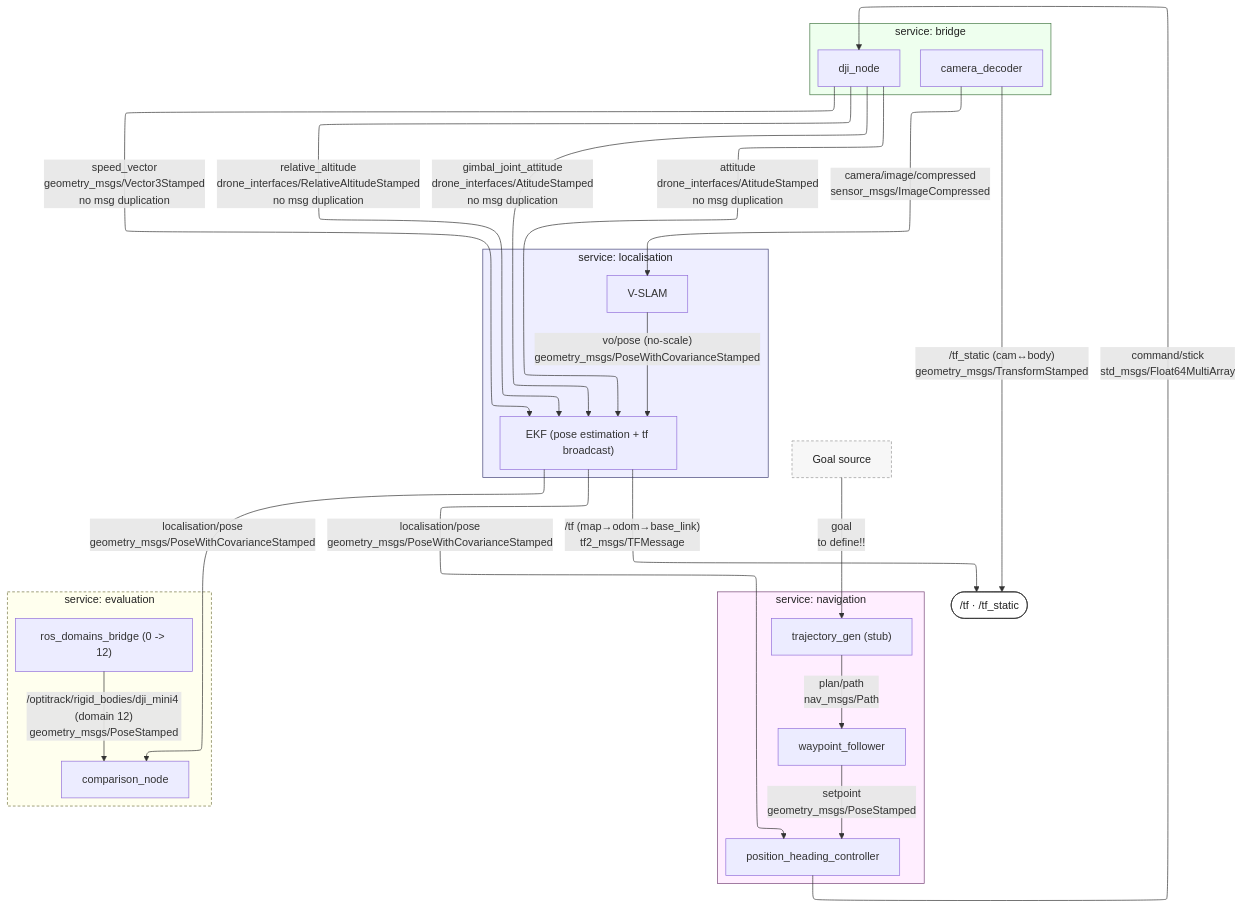
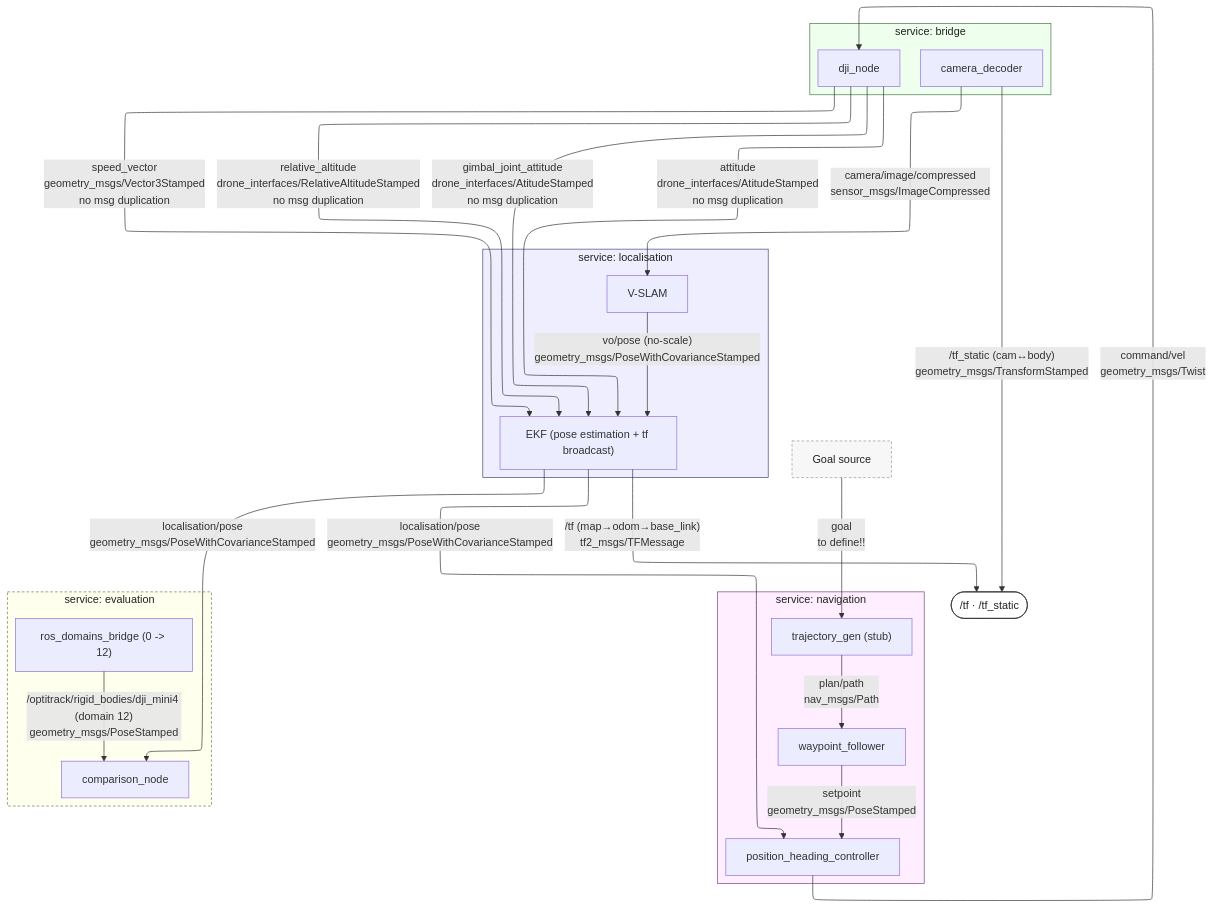
One commit to cristhianpoveda/path_planning_aerial_inspection changed the diagram in docs/node_graph.mmd. Above: the diagram before and after it, drawn with Mermaid. The commit also changed 3 other files, not shown here.

Commit message:
docs: additions of new commands/vel to the ros architecture

```diff
--- a/docs/node_graph.mmd
+++ b/docs/node_graph.mmd
@@ -1,73 +1,73 @@
 ---
 config:
   layout: elk
 ---
 
 flowchart TB
 
     %% DEFINE GOAL SOURCE
     GOALSRC["Goal source"]
 
     %% BRIDGE service
     subgraph BRIDGE["service: bridge"]
         DJI["dji_node"]
         DEC["camera_decoder"]
     end
 
     %% LOCALISATION service
     subgraph LOC["service: localisation"]
         SLAM["V-SLAM"]
         EKF["EKF (pose estimation + tf broadcast)"]
     end
 
     %% NAVIGATION service
     subgraph NAV["service: navigation"]
         TRAJ["trajectory_gen (stub)"]
         WPF["waypoint_follower"]
         PC["position_heading_controller"]
     end
 
     %% EVALUATION service (dev-only)
     subgraph EVAL["service: evaluation"]
         DB["ros_domains_bridge (0 -> 12)"]
         CMP["comparison_node"]
     end
 
     %% Just to show the relation to my nodes
     TF([" /tf · /tf_static "])
 
     %% --- perception ---
     DEC -->|"camera/image/compressed<br/>sensor_msgs/ImageCompressed"| SLAM
 
     %% --- telemetry into EKF (stamped with measurement time) ---
     DJI -->|"speed_vector<br/>geometry_msgs/Vector3Stamped<br/>no msg duplication"| EKF
     DJI -->|"relative_altitude<br/>drone_interfaces/RelativeAltitudeStamped<br/>no msg duplication"| EKF
     DJI -->|"gimbal_joint_attitude<br/>drone_interfaces/AtitudeStamped<br/>no msg duplication"| EKF
     DJI -->|"attitude<br/>drone_interfaces/AtitudeStamped<br/>no msg duplication"| EKF
 
     %% --- localisation internal + output ---
     SLAM -->|"vo/pose (no-scale)<br/>geometry_msgs/PoseWithCovarianceStamped"| EKF
     EKF -->|"localisation/pose<br/>geometry_msgs/PoseWithCovarianceStamped"| PC
 
     %% --- navigation chain ---
     GOALSRC -->|"goal<br/>to define!!"| TRAJ
     TRAJ -->|"plan/path<br/>nav_msgs/Path"| WPF
     WPF -->|"setpoint<br/>geometry_msgs/PoseStamped"| PC
-    PC -->|"command/stick<br/>std_msgs/Float64MultiArray"| DJI
+    PC -->|"command/vel<br/>geometry_msgs/Twist"| DJI
 
     %% --- evaluation (dev-only) ---
     EKF -->|"localisation/pose<br/>geometry_msgs/PoseWithCovarianceStamped"| CMP
     DB -->|"/optitrack/rigid_bodies/dji_mini4 (domain 12)<br/>geometry_msgs/PoseStamped"| CMP
 
     %% --- tf publications (broadcast bus) ---
     DEC -->|"/tf_static (cam&harr;body)<br/>geometry_msgs/TransformStamped"| TF
     EKF -->|"/tf (map&rarr;odom&rarr;base_link)<br/>tf2_msgs/TFMessage"| TF
 
     %% /telemetry/satellite_count if switches indoor and outdoor
 
     style BRIDGE fill:#efe,stroke:#474,color:#222
     style LOC fill:#eef,stroke:#447,color:#222
     style NAV fill:#fef,stroke:#747,color:#222
     style EVAL fill:#ffe,stroke:#774,color:#222,stroke-dasharray:4 3
     style GOALSRC fill:#f7f7f7,stroke:#999,color:#222,stroke-dasharray:4 3
     style TF fill:#fff,stroke:#333,color:#222
```
